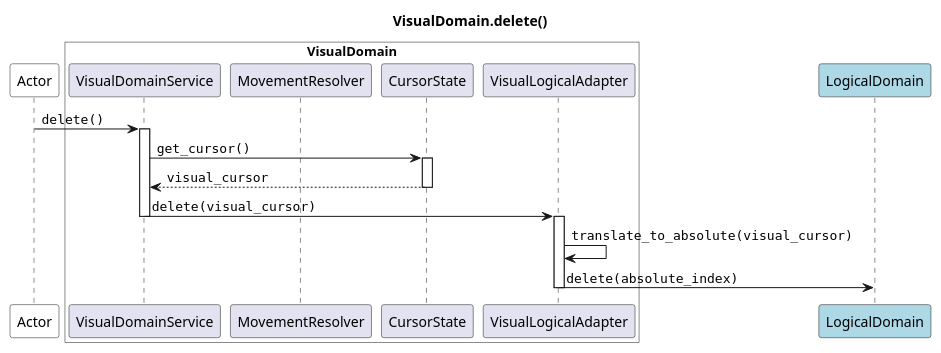
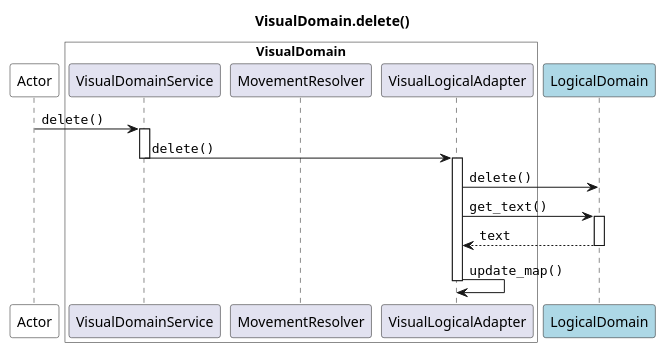
Before and after one commit to JoeRittiner/TextEngine: the diagram in docs/source/specs/architecture/diagrams/sequence/seq_delete_visual.puml, drawn with PlantUML. The commit also changed 1 other file, not shown here.

Commit message:
doc: Update Delete Diagrams

```diff
--- a/docs/source/specs/architecture/diagrams/sequence/seq_delete_visual.puml
+++ b/docs/source/specs/architecture/diagrams/sequence/seq_delete_visual.puml
@@ -1,27 +1,27 @@
 @startuml
 
 title VisualDomain.delete()
 
 participant Actor as app #white
 box "VisualDomain" #white
     participant VisualDomainService as VS
     participant MovementResolver as MR
-    participant CursorState as CS
     participant VisualLogicalAdapter as VA
 end box
 participant LogicalDomain as LD #lightblue
 
 app -> VS : ""delete()""
 activate VS
-    VS -> CS : ""get_cursor()""
-    activate CS
-        return ""visual_cursor""
-    VS -> VA : ""delete(visual_cursor)""
-deactivate VS
+    VS -> VA : ""delete()""
+    deactivate VS
 
 activate VA
-    VA -> VA : ""translate_to_absolute(visual_cursor)""
-    VA -> LD : ""delete(absolute_index)""
-deactivate VA
+    VA -> LD : ""delete()""
+    VA -> LD : ""get_text()""
+    activate LD
+        return ""text""
+
+    VA -> VA : ""update_map()""
+    deactivate VA
 
 @enduml
```
